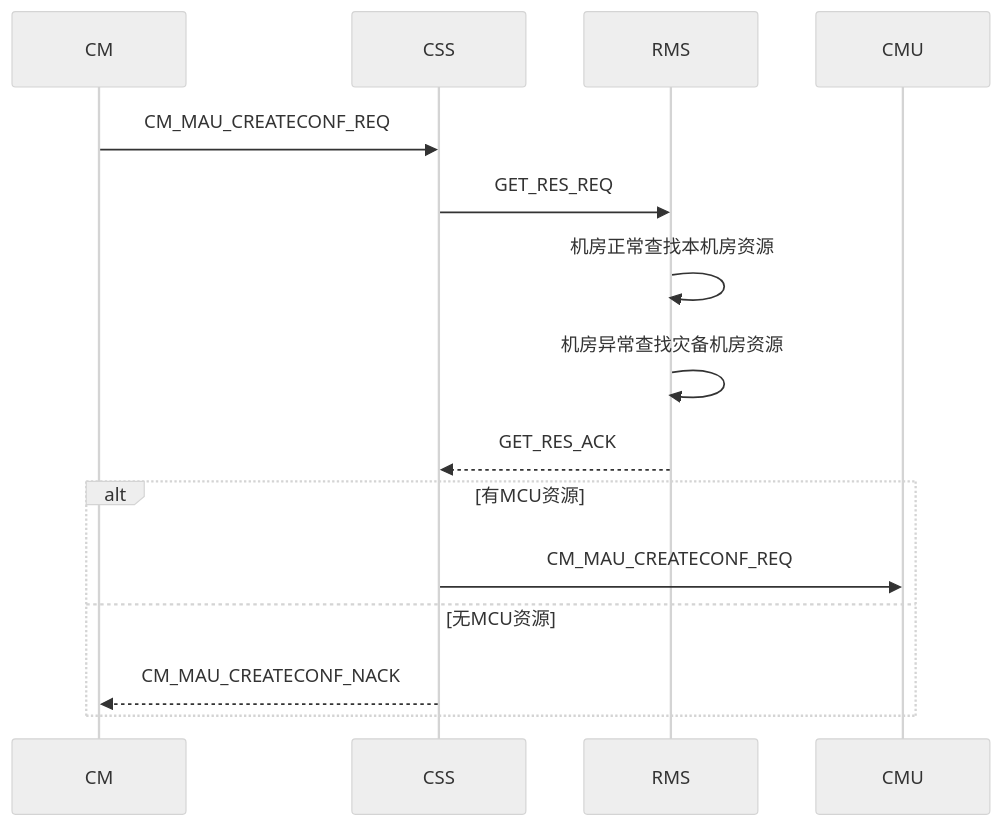
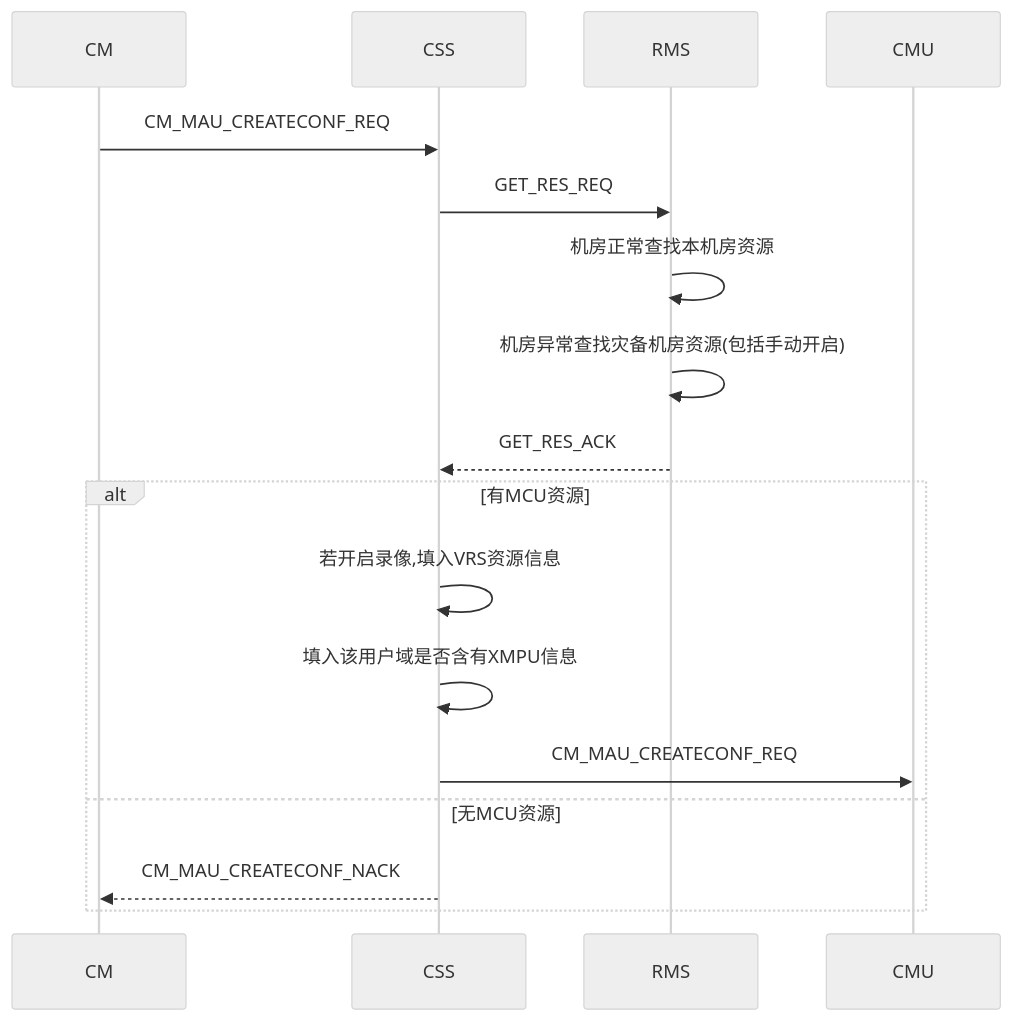
Before and after one commit to github188/w_doc: the first of 5 diagrams in x需求_/5.1sp4css/5.1sp4css概要设计.md, drawn with Mermaid (neutral theme). The commit also changed other lines of this file and 3 other files, not shown here.

````diff
--- a/x需求_/5.1sp4css/5.1sp4css概要设计.md
+++ b/x需求_/5.1sp4css/5.1sp4css概要设计.md
@@ -13,13 +13,15 @@
 ```mermaid
 sequenceDiagram
 CM->>CSS: CM_MAU_CREATECONF_REQ
 CSS->>RMS: GET_RES_REQ
 RMS->>RMS: 机房正常查找本机房资源
-RMS->>RMS: 机房异常查找灾备机房资源
+RMS->>RMS: 机房异常查找灾备机房资源(包括手动开启)
 RMS-->>CSS: GET_RES_ACK
 alt 有MCU资源
+CSS->>CSS: 若开启录像,填入VRS资源信息
+CSS->>CSS: 填入该用户域是否含有XMPU信息
 CSS->>CMU: CM_MAU_CREATECONF_REQ
 else 无MCU资源
 CSS-->>CM: CM_MAU_CREATECONF_NACK
 end
 ```
````
